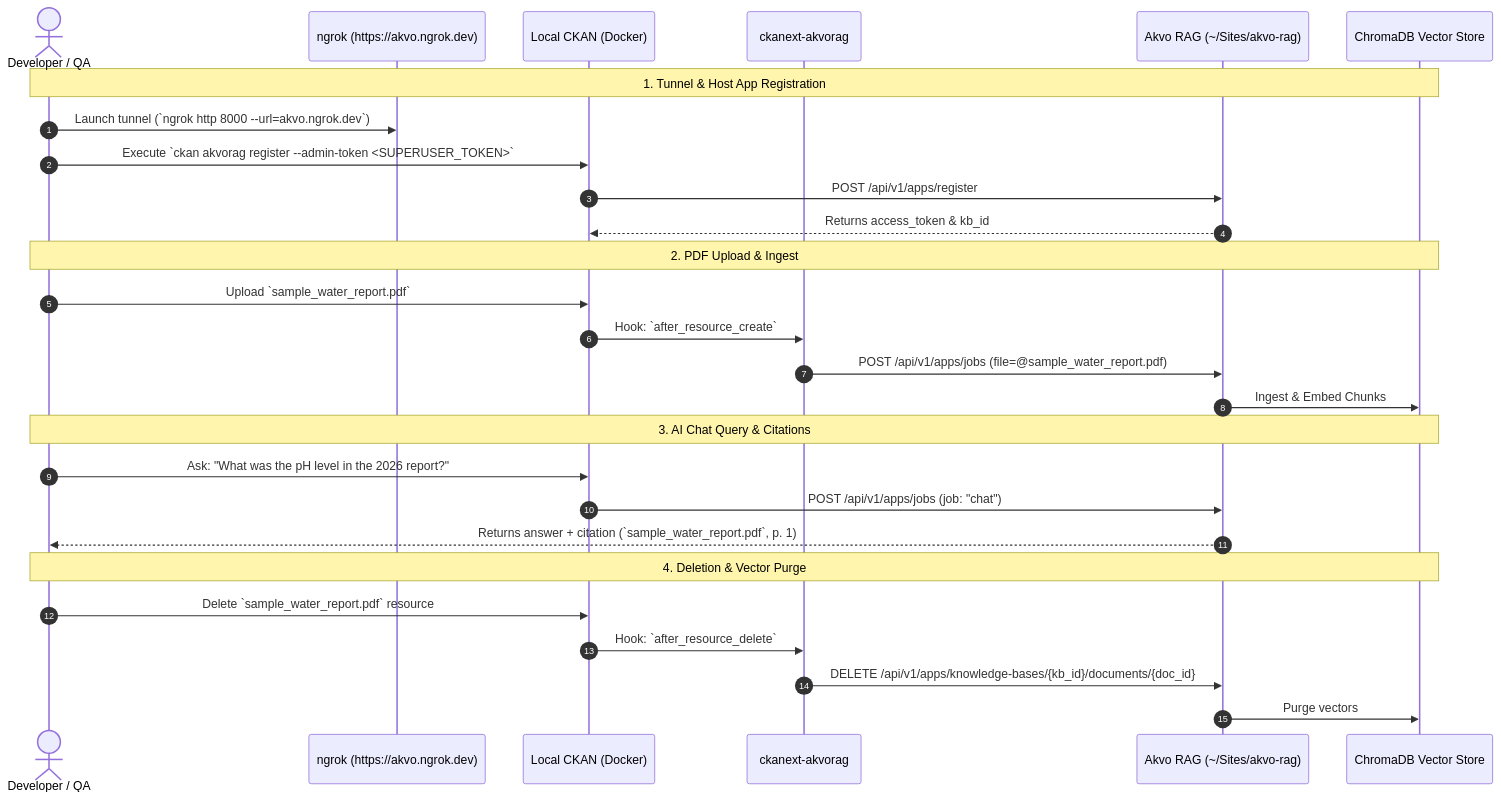
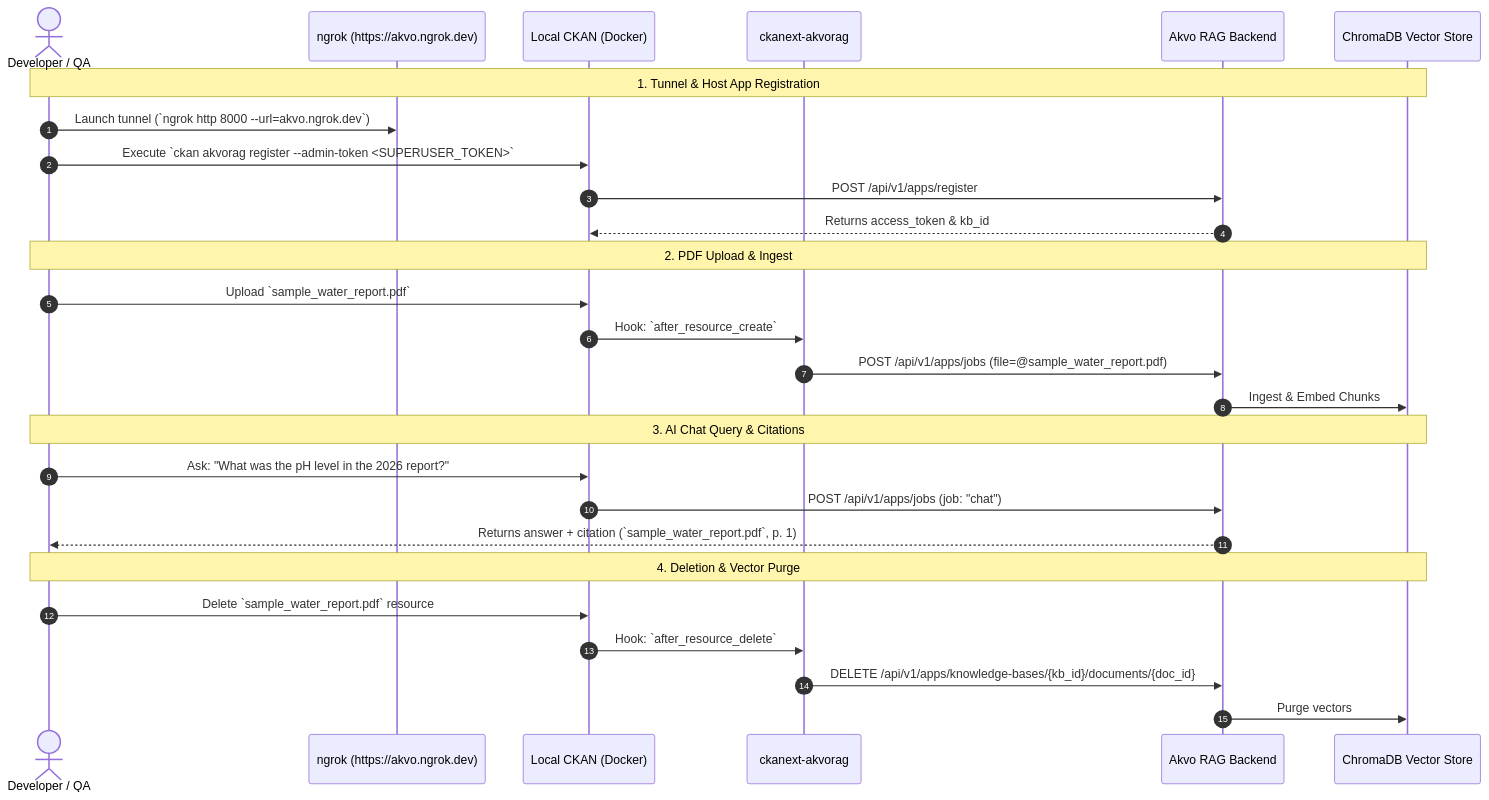
One commit to wayangalihpratama/poc-ckan-rag changed the diagram in docs/qa/qa-guide-issue-12.md. Above: the diagram before and after it, drawn with Mermaid. The commit also changed other lines of this file and 5 other files, not shown here.

````diff
--- a/docs/qa/qa-guide-issue-12.md
+++ b/docs/qa/qa-guide-issue-12.md
@@ -6,33 +6,33 @@
 ```mermaid
 sequenceDiagram
     autonumber
     actor Tester as Developer / QA
     participant Ngrok as ngrok (https://akvo.ngrok.dev)
     participant CKAN as Local CKAN (Docker)
     participant Plugin as ckanext-akvorag
-    participant RAG as Akvo RAG (~/Sites/akvo-rag)
+    participant RAG as Akvo RAG Backend
     participant Chroma as ChromaDB Vector Store
 
     Note over Tester,Chroma: 1. Tunnel & Host App Registration
     Tester->>Ngrok: Launch tunnel (`ngrok http 8000 --url=akvo.ngrok.dev`)
     Tester->>CKAN: Execute `ckan akvorag register --admin-token <SUPERUSER_TOKEN>`
     CKAN->>RAG: POST /api/v1/apps/register
     RAG-->>CKAN: Returns access_token & kb_id
 
     Note over Tester,Chroma: 2. PDF Upload & Ingest
     Tester->>CKAN: Upload `sample_water_report.pdf`
     CKAN->>Plugin: Hook: `after_resource_create`
     Plugin->>RAG: POST /api/v1/apps/jobs (file=@sample_water_report.pdf)
     RAG->>Chroma: Ingest & Embed Chunks
 
     Note over Tester,Chroma: 3. AI Chat Query & Citations
     Tester->>CKAN: Ask: "What was the pH level in the 2026 report?"
     CKAN->>RAG: POST /api/v1/apps/jobs (job: "chat")
     RAG-->>Tester: Returns answer + citation (`sample_water_report.pdf`, p. 1)
 
     Note over Tester,Chroma: 4. Deletion & Vector Purge
     Tester->>CKAN: Delete `sample_water_report.pdf` resource
     CKAN->>Plugin: Hook: `after_resource_delete`
     Plugin->>RAG: DELETE /api/v1/apps/knowledge-bases/{kb_id}/documents/{doc_id}
     RAG->>Chroma: Purge vectors
 ```
````
